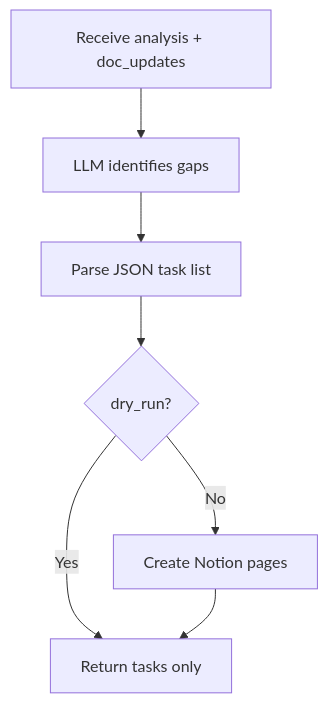
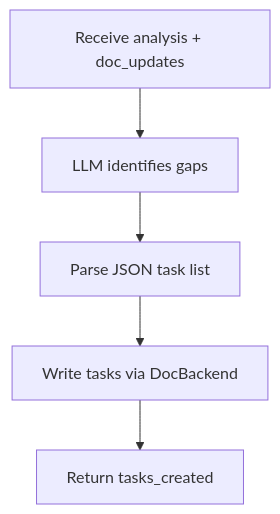
The eighth of 9 diagrams in docs/agents.md (sarupurisailalith/codebase-cortex), drawn with Mermaid before and after one commit. The commit also changed other lines of this file and 8 other files, not shown here.

````diff
--- a/docs/agents.md
+++ b/docs/agents.md
@@ -228,9 +453,7 @@
 ```mermaid
 graph TD
     A[Receive analysis + doc_updates] --> B[LLM identifies gaps]
     B --> C[Parse JSON task list]
-    C --> D{dry_run?}
-    D -->|Yes| E[Return tasks only]
-    D -->|No| F[Create Notion pages]
-    F --> E
+    C --> D[Write tasks via DocBackend]
+    D --> E[Return tasks_created]
 ```
````
